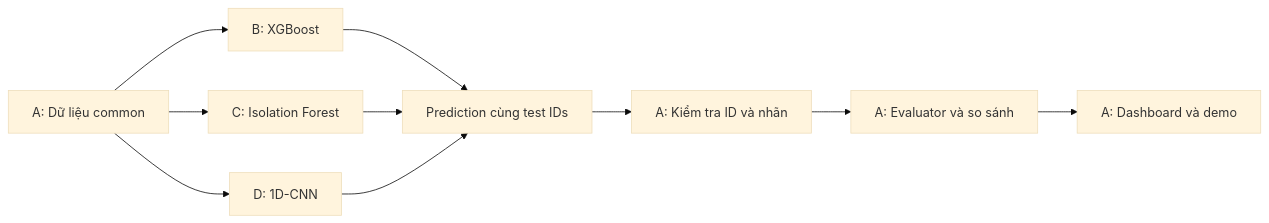
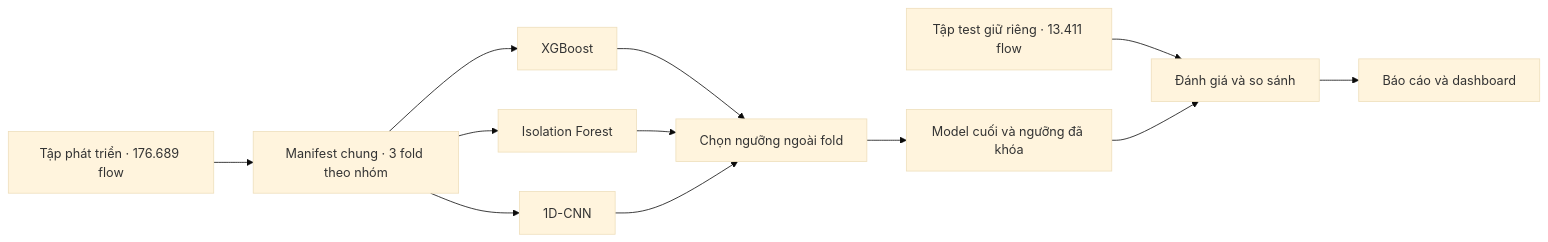
Before and after one commit to doandangkhoa/DoH-tunneling-detection: the diagram in README.md, drawn with Mermaid (base theme). The commit also changed other lines of this file, not shown here.

````diff
--- a/README.md
+++ b/README.md
@@ -92,12 +94,14 @@
 ```mermaid
 flowchart LR
-    A["A: Dữ liệu common"] --> B["B: XGBoost"]
-    A --> C["C: Isolation Forest"]
-    A --> D["D: 1D-CNN"]
-    B --> P["Prediction cùng test IDs"]
-    C --> P
-    D --> P
-    P --> Q["A: Kiểm tra ID và nhãn"]
-    Q --> E["A: Evaluator và so sánh"]
-    E --> U["A: Dashboard và demo"]
+    D["Tập phát triển · 176.689 flow"] --> F["Manifest chung · 3 fold theo nhóm"]
+    F --> X["XGBoost"]
+    F --> I["Isolation Forest"]
+    F --> C["1D-CNN"]
+    X --> O["Chọn ngưỡng ngoài fold"]
+    I --> O
+    C --> O
+    O --> P["Model cuối và ngưỡng đã khóa"]
+    T["Tập test giữ riêng · 13.411 flow"] --> E["Đánh giá và so sánh"]
+    P --> E
+    E --> R["Báo cáo và dashboard"]
 ```
````
